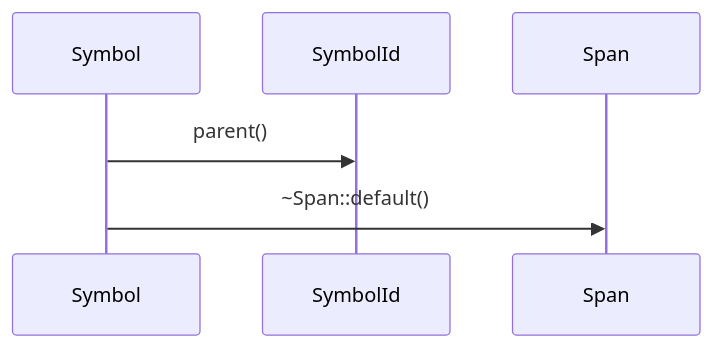
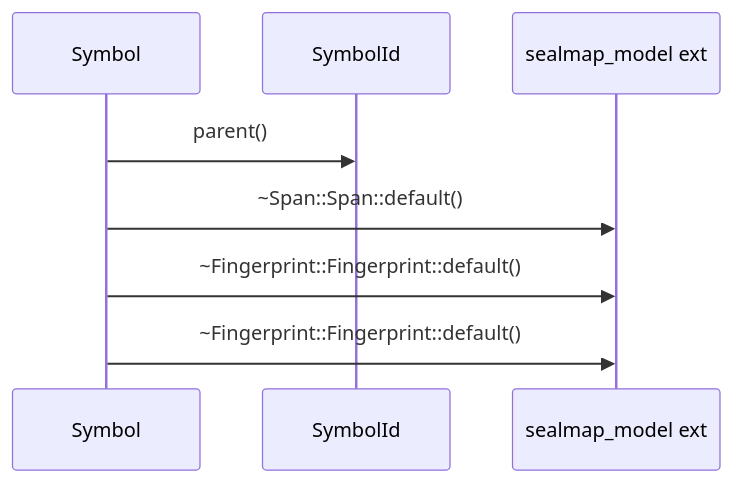
The third of 3 diagrams in docs/sealmap/crates/sealmap-model/src/symbol.rs.md (DreamLab-AI/codemaid), drawn with Mermaid before and after one commit. The commit also changed other lines of this file and 45 other files, not shown here.

First line of the commit message:
docs: regenerate the self-corpus for sym: ids and schema v2

````diff
--- a/docs/sealmap/crates/sealmap-model/src/symbol.rs.md
+++ b/docs/sealmap/crates/sealmap-model/src/symbol.rs.md
@@ -145,8 +169,10 @@
 ```mermaid
 sequenceDiagram
-  participant sealmap_model__symbol__Symbol as Symbol
-  participant sealmap_model__symbol__SymbolId as SymbolId
-  participant sealmap_model__symbol__Span as Span
-  sealmap_model__symbol__Symbol->>sealmap_model__symbol__SymbolId: parent()
-  sealmap_model__symbol__Symbol->>sealmap_model__symbol__Span: ~Span::default()
+  participant sealmap_model__symbol___tSymbol as Symbol
+  participant sealmap_model__sym___tSymbolId as SymbolId
+  participant _sealmap_model as sealmap_model ext
+  sealmap_model__symbol___tSymbol->>sealmap_model__sym___tSymbolId: parent()
+  sealmap_model__symbol___tSymbol->>_sealmap_model: ~Span::Span::default()
+  sealmap_model__symbol___tSymbol->>_sealmap_model: ~Fingerprint::Fingerprint::default()
+  sealmap_model__symbol___tSymbol->>_sealmap_model: ~Fingerprint::Fingerprint::default()
 ```
````
